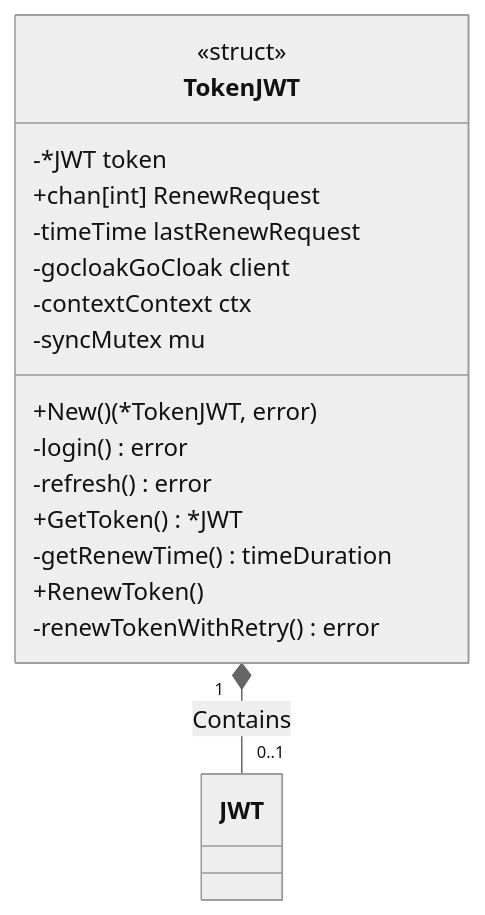
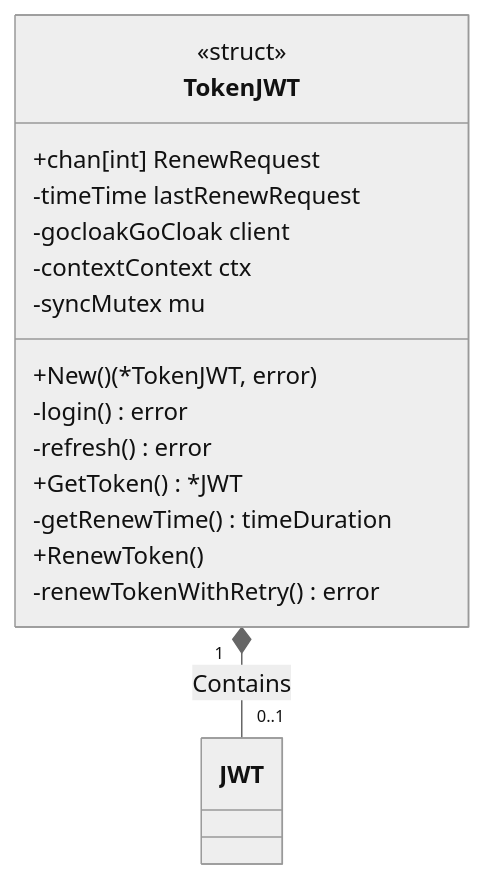
One commit to pawelmarkowski/gocloak-retry-channels changed the diagram in README.md. Above: the diagram before and after it, drawn with Mermaid (neutral theme).

Commit message:
remove pointer attr from mermaid

````diff
--- a/README.md
+++ b/README.md
@@ -24,23 +24,22 @@
 ```mermaid
 classDiagram
 
 TokenJWT "1" *-- "0..1" JWT: Contains
 
 class TokenJWT{
     <<struct>>
-    -*JWT token
     +chan[int] RenewRequest
     -timeTime lastRenewRequest
     -gocloakGoCloak client
     -contextContext ctx
     -syncMutex mu
 
     +New() (*TokenJWT, error)
     -login() error
     -refresh() error
     +GetToken() *JWT
     -getRenewTime() timeDuration
     +RenewToken()
     -renewTokenWithRetry() error
 }
 ```
````
